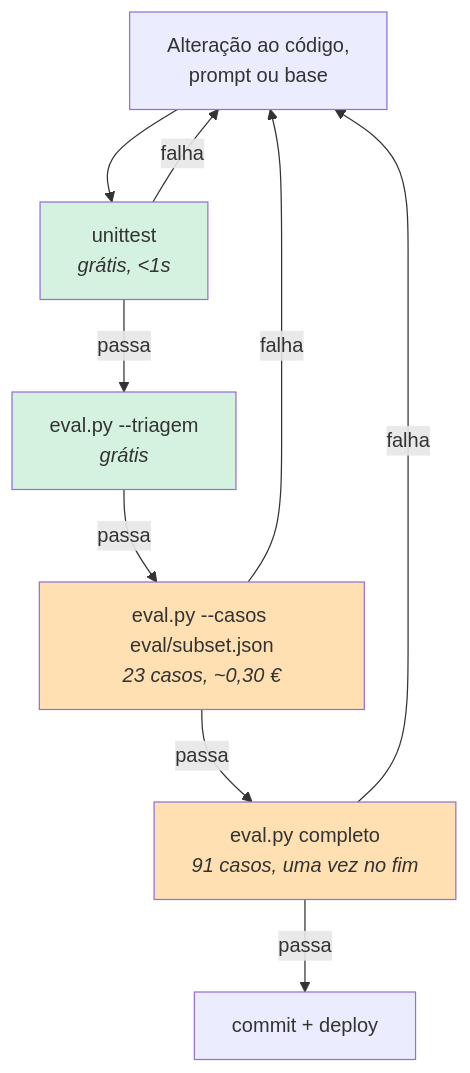
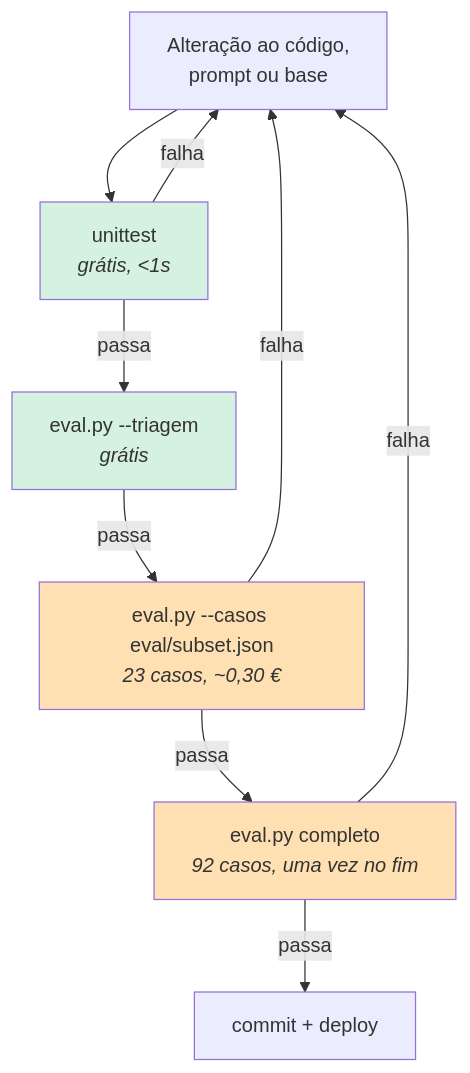
One commit to joaocarvalhini/Outlook-Reply-Assistant changed the third of 3 diagrams in docs/05-reliability/qa.md. Above: the diagram before and after it, drawn with Mermaid. The commit also changed other lines of this file and 8 other files, not shown here.

````diff
--- a/docs/05-reliability/qa.md
+++ b/docs/05-reliability/qa.md
@@ -153,16 +153,16 @@
 ```mermaid
 flowchart TD
     A["Alteração ao código,<br/>prompt ou base"] --> B["unittest<br/><i>grátis, &lt;1s</i>"]
     B -->|passa| C["eval.py --triagem<br/><i>grátis</i>"]
     B -->|falha| A
     C -->|passa| D["eval.py --casos eval/subset.json<br/><i>23 casos, ~0,30 €</i>"]
-    D -->|passa| E["eval.py completo<br/><i>91 casos, uma vez no fim</i>"]
+    D -->|passa| E["eval.py completo<br/><i>92 casos, uma vez no fim</i>"]
     D -->|falha| A
     E -->|passa| F["commit + deploy"]
     E -->|falha| A
 
     style B fill:#d5f2e0
     style C fill:#d5f2e0
     style D fill:#ffe0b2
     style E fill:#ffe0b2
 ```
````
